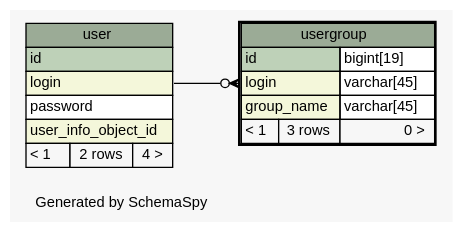
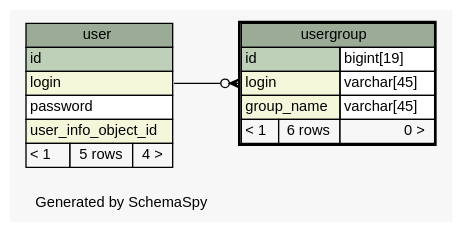
One commit to complitex/svn_osznconnection changed the diagram in osznconnection-db/doc/osznconnection/diagrams/usergroup.1degree.dot. Above: the diagram before and after it, drawn with Graphviz. The commit also changed 477 other files, not shown here.

Commit message:
Re-generated outdated schema visualization

```diff
--- a/osznconnection-db/doc/osznconnection/diagrams/usergroup.1degree.dot
+++ b/osznconnection-db/doc/osznconnection/diagrams/usergroup.1degree.dot
@@ -1,48 +1,48 @@
 // dot 2.28.0 on Windows 7 6.1
 // SchemaSpy rev 590
 digraph "oneDegreeRelationshipsDiagram" {
   graph [
     rankdir="RL"
     bgcolor="#f7f7f7"
     label="\nGenerated by SchemaSpy"
     labeljust="l"
     nodesep="0.18"
     ranksep="0.46"
     fontname="Helvetica"
     fontsize="11"
   ];
   node [
     fontname="Helvetica"
     fontsize="11"
     shape="plaintext"
   ];
   edge [
     arrowsize="0.8"
   ];
   "usergroup":"login":w -> "user":"login":e [arrowhead=none dir=back arrowtail=crowodot];
   "user" [
     label=<
     <TABLE BORDER="0" CELLBORDER="1" CELLSPACING="0" BGCOLOR="#ffffff">
       <TR><TD COLSPAN="3" BGCOLOR="#9bab96" ALIGN="CENTER">user</TD></TR>
       <TR><TD PORT="id" COLSPAN="3" BGCOLOR="#bed1b8" ALIGN="LEFT">id</TD></TR>
       <TR><TD PORT="login" COLSPAN="3" BGCOLOR="#f4f7da" ALIGN="LEFT">login</TD></TR>
       <TR><TD PORT="password" COLSPAN="3" ALIGN="LEFT">password</TD></TR>
       <TR><TD PORT="user_info_object_id" COLSPAN="3" BGCOLOR="#f4f7da" ALIGN="LEFT">user_info_object_id</TD></TR>
-      <TR><TD ALIGN="LEFT" BGCOLOR="#f7f7f7">&lt; 1</TD><TD ALIGN="RIGHT" BGCOLOR="#f7f7f7">2 rows</TD><TD ALIGN="RIGHT" BGCOLOR="#f7f7f7">4 &gt;</TD></TR>
+      <TR><TD ALIGN="LEFT" BGCOLOR="#f7f7f7">&lt; 1</TD><TD ALIGN="RIGHT" BGCOLOR="#f7f7f7">5 rows</TD><TD ALIGN="RIGHT" BGCOLOR="#f7f7f7">4 &gt;</TD></TR>
     </TABLE>>
     URL="user.html"
     tooltip="user"
   ];
   "usergroup" [
     label=<
     <TABLE BORDER="2" CELLBORDER="1" CELLSPACING="0" BGCOLOR="#ffffff">
       <TR><TD COLSPAN="3" BGCOLOR="#9bab96" ALIGN="CENTER">usergroup</TD></TR>
       <TR><TD PORT="id" COLSPAN="2" BGCOLOR="#bed1b8" ALIGN="LEFT">id</TD><TD PORT="id.type" ALIGN="LEFT">bigint[19]</TD></TR>
       <TR><TD PORT="login" COLSPAN="2" BGCOLOR="#f4f7da" ALIGN="LEFT">login</TD><TD PORT="login.type" ALIGN="LEFT">varchar[45]</TD></TR>
       <TR><TD PORT="group_name" COLSPAN="2" BGCOLOR="#f4f7da" ALIGN="LEFT">group_name</TD><TD PORT="group_name.type" ALIGN="LEFT">varchar[45]</TD></TR>
-      <TR><TD ALIGN="LEFT" BGCOLOR="#f7f7f7">&lt; 1</TD><TD ALIGN="RIGHT" BGCOLOR="#f7f7f7">3 rows</TD><TD ALIGN="RIGHT" BGCOLOR="#f7f7f7">0 &gt;</TD></TR>
+      <TR><TD ALIGN="LEFT" BGCOLOR="#f7f7f7">&lt; 1</TD><TD ALIGN="RIGHT" BGCOLOR="#f7f7f7">6 rows</TD><TD ALIGN="RIGHT" BGCOLOR="#f7f7f7">0 &gt;</TD></TR>
     </TABLE>>
     URL="usergroup.html"
     tooltip="usergroup"
   ];
 }
```
